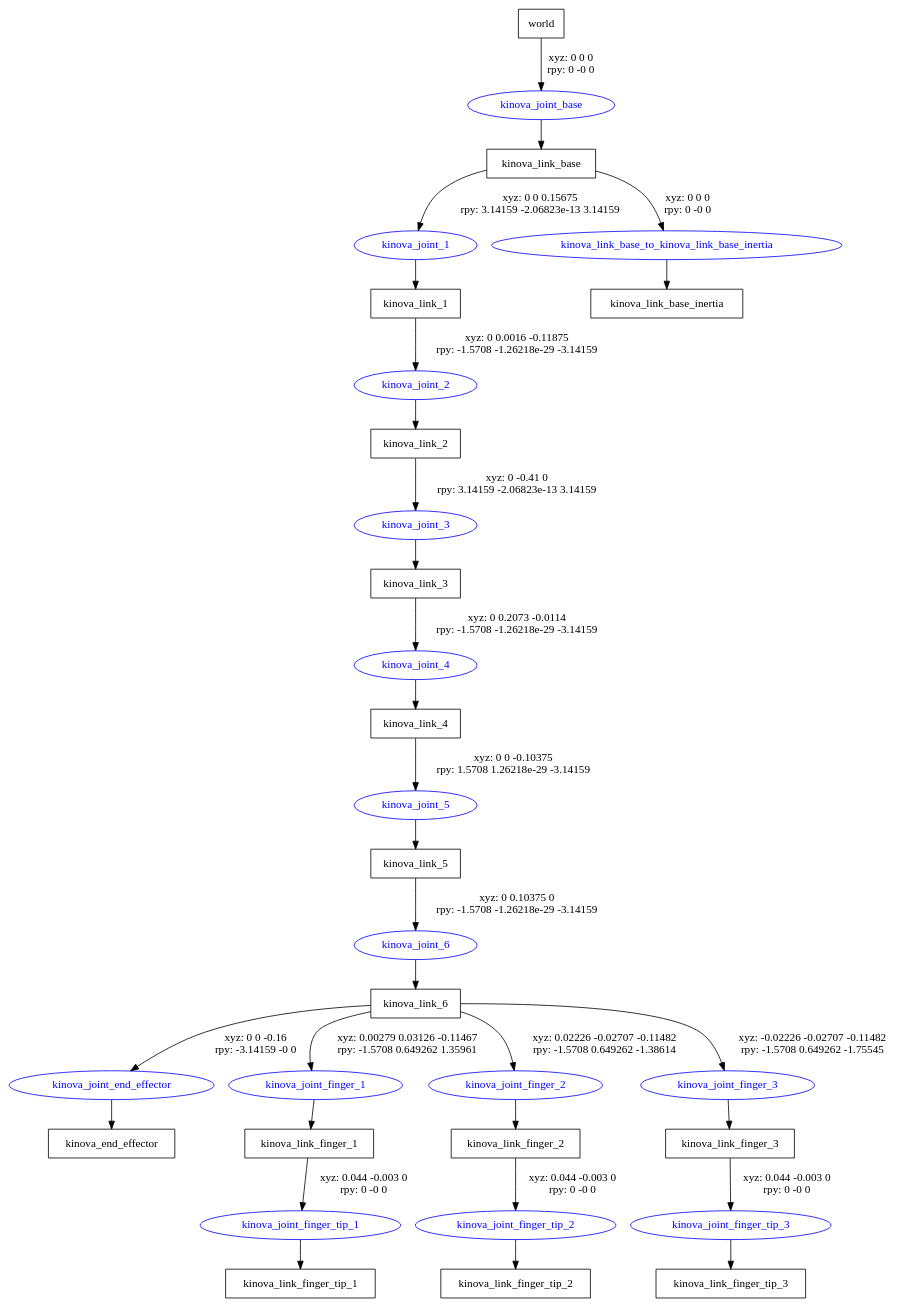
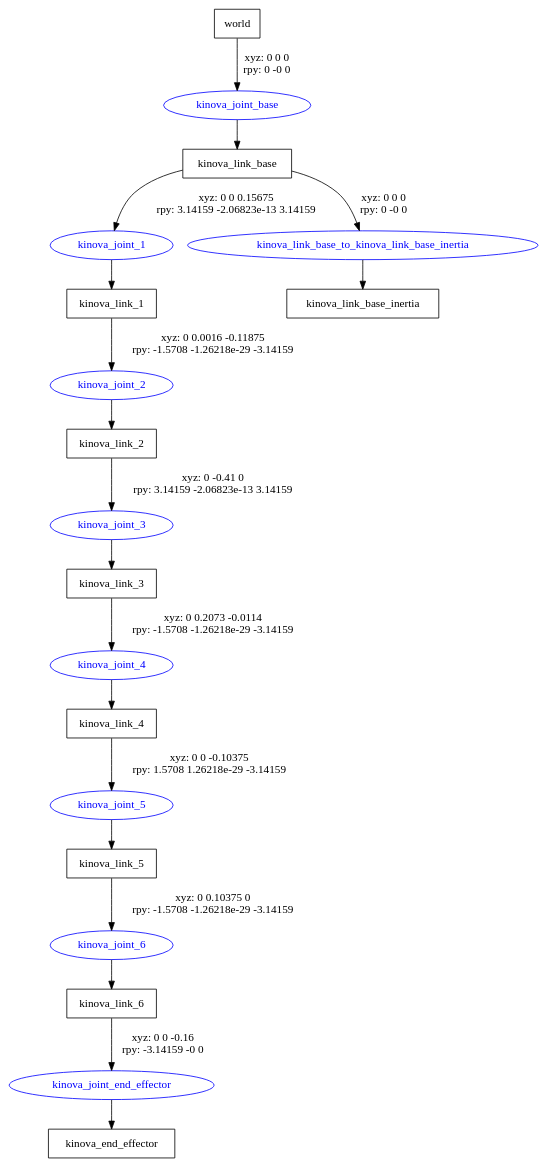
Before and after one commit to SeungHunJeon/Robot_Dynamics: the diagram in rsc/kinova/urdf/kinova.gv, drawn with Graphviz. The commit also changed 16 other files, not shown here.

```diff
--- a/rsc/kinova/urdf/kinova.gv
+++ b/rsc/kinova/urdf/kinova.gv
@@ -1,50 +1,32 @@
 digraph G {
 node [shape=box];
 "world" [label="world"];
 "kinova_link_base" [label="kinova_link_base"];
 "kinova_link_1" [label="kinova_link_1"];
 "kinova_link_2" [label="kinova_link_2"];
 "kinova_link_3" [label="kinova_link_3"];
 "kinova_link_4" [label="kinova_link_4"];
 "kinova_link_5" [label="kinova_link_5"];
 "kinova_link_6" [label="kinova_link_6"];
 "kinova_end_effector" [label="kinova_end_effector"];
-"kinova_link_finger_1" [label="kinova_link_finger_1"];
-"kinova_link_finger_tip_1" [label="kinova_link_finger_tip_1"];
-"kinova_link_finger_2" [label="kinova_link_finger_2"];
-"kinova_link_finger_tip_2" [label="kinova_link_finger_tip_2"];
-"kinova_link_finger_3" [label="kinova_link_finger_3"];
-"kinova_link_finger_tip_3" [label="kinova_link_finger_tip_3"];
 "kinova_link_base_inertia" [label="kinova_link_base_inertia"];
 node [shape=ellipse, color=blue, fontcolor=blue];
 "world" -> "kinova_joint_base" [label="xyz: 0 0 0 \nrpy: 0 -0 0"]
 "kinova_joint_base" -> "kinova_link_base"
 "kinova_link_base" -> "kinova_joint_1" [label="xyz: 0 0 0.15675 \nrpy: 3.14159 -2.06823e-13 3.14159"]
 "kinova_joint_1" -> "kinova_link_1"
 "kinova_link_1" -> "kinova_joint_2" [label="xyz: 0 0.0016 -0.11875 \nrpy: -1.5708 -1.26218e-29 -3.14159"]
 "kinova_joint_2" -> "kinova_link_2"
 "kinova_link_2" -> "kinova_joint_3" [label="xyz: 0 -0.41 0 \nrpy: 3.14159 -2.06823e-13 3.14159"]
 "kinova_joint_3" -> "kinova_link_3"
 "kinova_link_3" -> "kinova_joint_4" [label="xyz: 0 0.2073 -0.0114 \nrpy: -1.5708 -1.26218e-29 -3.14159"]
 "kinova_joint_4" -> "kinova_link_4"
 "kinova_link_4" -> "kinova_joint_5" [label="xyz: 0 0 -0.10375 \nrpy: 1.5708 1.26218e-29 -3.14159"]
 "kinova_joint_5" -> "kinova_link_5"
 "kinova_link_5" -> "kinova_joint_6" [label="xyz: 0 0.10375 0 \nrpy: -1.5708 -1.26218e-29 -3.14159"]
 "kinova_joint_6" -> "kinova_link_6"
 "kinova_link_6" -> "kinova_joint_end_effector" [label="xyz: 0 0 -0.16 \nrpy: -3.14159 -0 0"]
 "kinova_joint_end_effector" -> "kinova_end_effector"
-"kinova_link_6" -> "kinova_joint_finger_1" [label="xyz: 0.00279 0.03126 -0.11467 \nrpy: -1.5708 0.649262 1.35961"]
-"kinova_joint_finger_1" -> "kinova_link_finger_1"
-"kinova_link_finger_1" -> "kinova_joint_finger_tip_1" [label="xyz: 0.044 -0.003 0 \nrpy: 0 -0 0"]
-"kinova_joint_finger_tip_1" -> "kinova_link_finger_tip_1"
-"kinova_link_6" -> "kinova_joint_finger_2" [label="xyz: 0.02226 -0.02707 -0.11482 \nrpy: -1.5708 0.649262 -1.38614"]
-"kinova_joint_finger_2" -> "kinova_link_finger_2"
-"kinova_link_finger_2" -> "kinova_joint_finger_tip_2" [label="xyz: 0.044 -0.003 0 \nrpy: 0 -0 0"]
-"kinova_joint_finger_tip_2" -> "kinova_link_finger_tip_2"
-"kinova_link_6" -> "kinova_joint_finger_3" [label="xyz: -0.02226 -0.02707 -0.11482 \nrpy: -1.5708 0.649262 -1.75545"]
-"kinova_joint_finger_3" -> "kinova_link_finger_3"
-"kinova_link_finger_3" -> "kinova_joint_finger_tip_3" [label="xyz: 0.044 -0.003 0 \nrpy: 0 -0 0"]
-"kinova_joint_finger_tip_3" -> "kinova_link_finger_tip_3"
 "kinova_link_base" -> "kinova_link_base_to_kinova_link_base_inertia" [label="xyz: 0 0 0 \nrpy: 0 -0 0"]
 "kinova_link_base_to_kinova_link_base_inertia" -> "kinova_link_base_inertia"
 }
```
